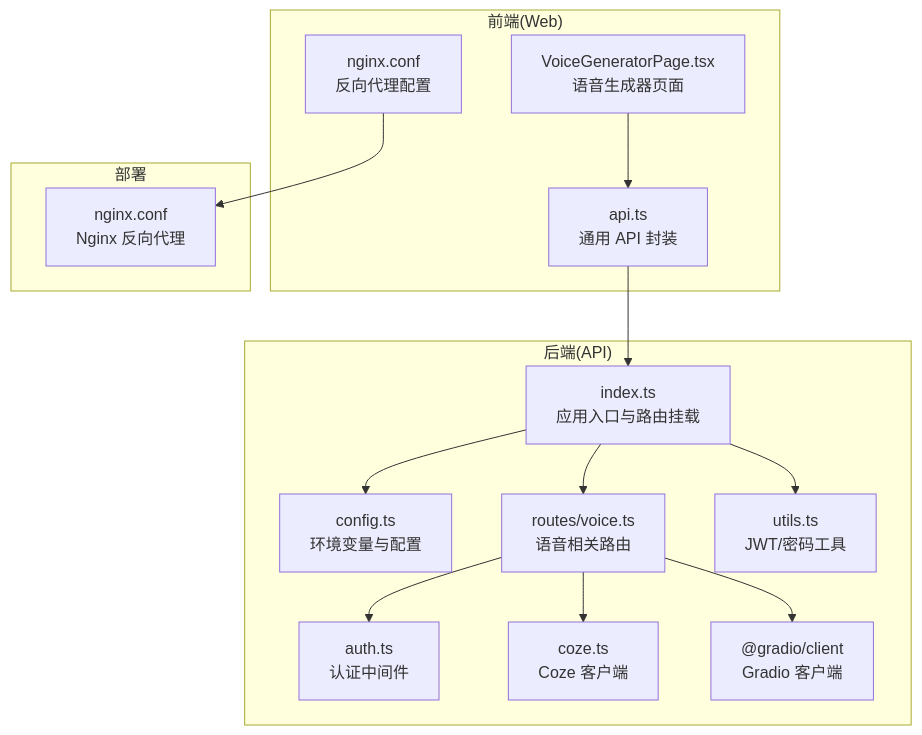
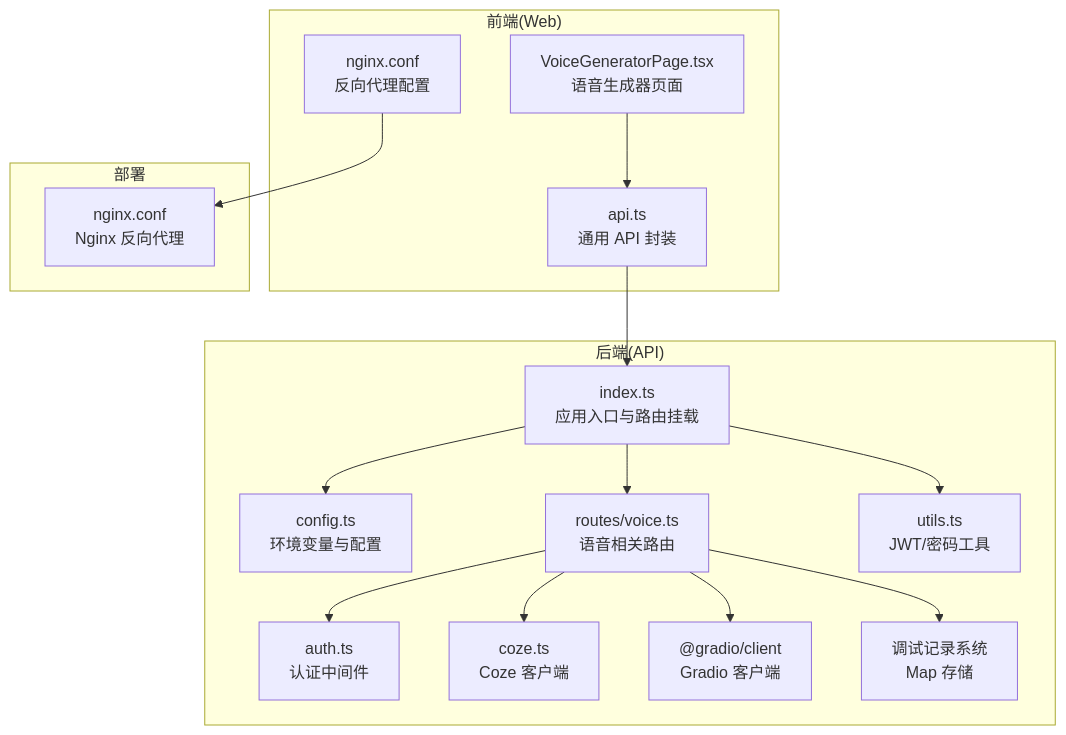
The first of 4 diagrams in .qoder/repowiki/zh/content/语音生成系统.md (hanksd769-droid/sailshub), drawn with Mermaid before and after one commit. The commit also changed other lines of this file and 4 other files, not shown here.

````diff
--- a/.qoder/repowiki/zh/content/语音生成系统.md
+++ b/.qoder/repowiki/zh/content/语音生成系统.md
@@ -54,29 +54,31 @@
 ```mermaid
 graph TB
 subgraph "前端(Web)"
 WG["VoiceGeneratorPage.tsx<br/>语音生成器页面"]
 API["api.ts<br/>通用 API 封装"]
 NGINX["nginx.conf<br/>反向代理配置"]
 end
 subgraph "后端(API)"
 IDX["index.ts<br/>应用入口与路由挂载"]
 CFG["config.ts<br/>环境变量与配置"]
 AUTH["auth.ts<br/>认证中间件"]
 VOICE["routes/voice.ts<br/>语音相关路由"]
 COZE["coze.ts<br/>Coze 客户端"]
 UTIL["utils.ts<br/>JWT/密码工具"]
 GRADIO["@gradio/client<br/>Gradio 客户端"]
+DEBUG["调试记录系统<br/>Map 存储"]
 end
 subgraph "部署"
 NGINX_CFG["nginx.conf<br/>Nginx 反向代理"]
 end
 WG --> API
 API --> IDX
 IDX --> VOICE
 VOICE --> AUTH
 VOICE --> COZE
 VOICE --> GRADIO
+VOICE --> DEBUG
 IDX --> CFG
 IDX --> UTIL
 NGINX --> NGINX_CFG
 ```
````
